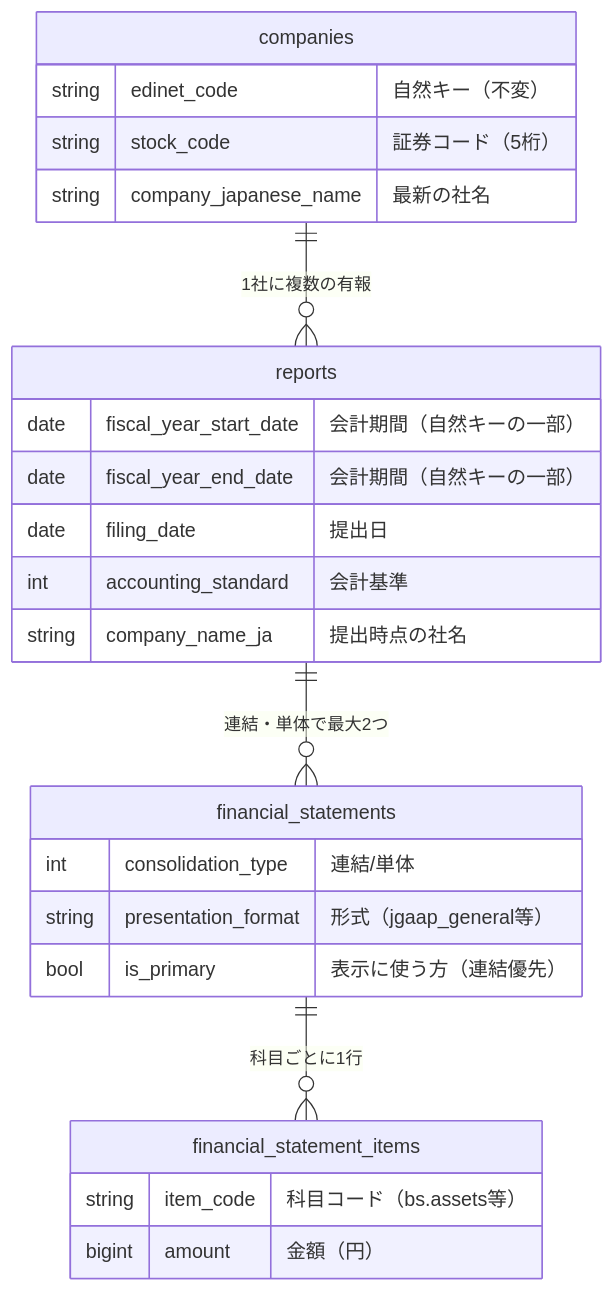
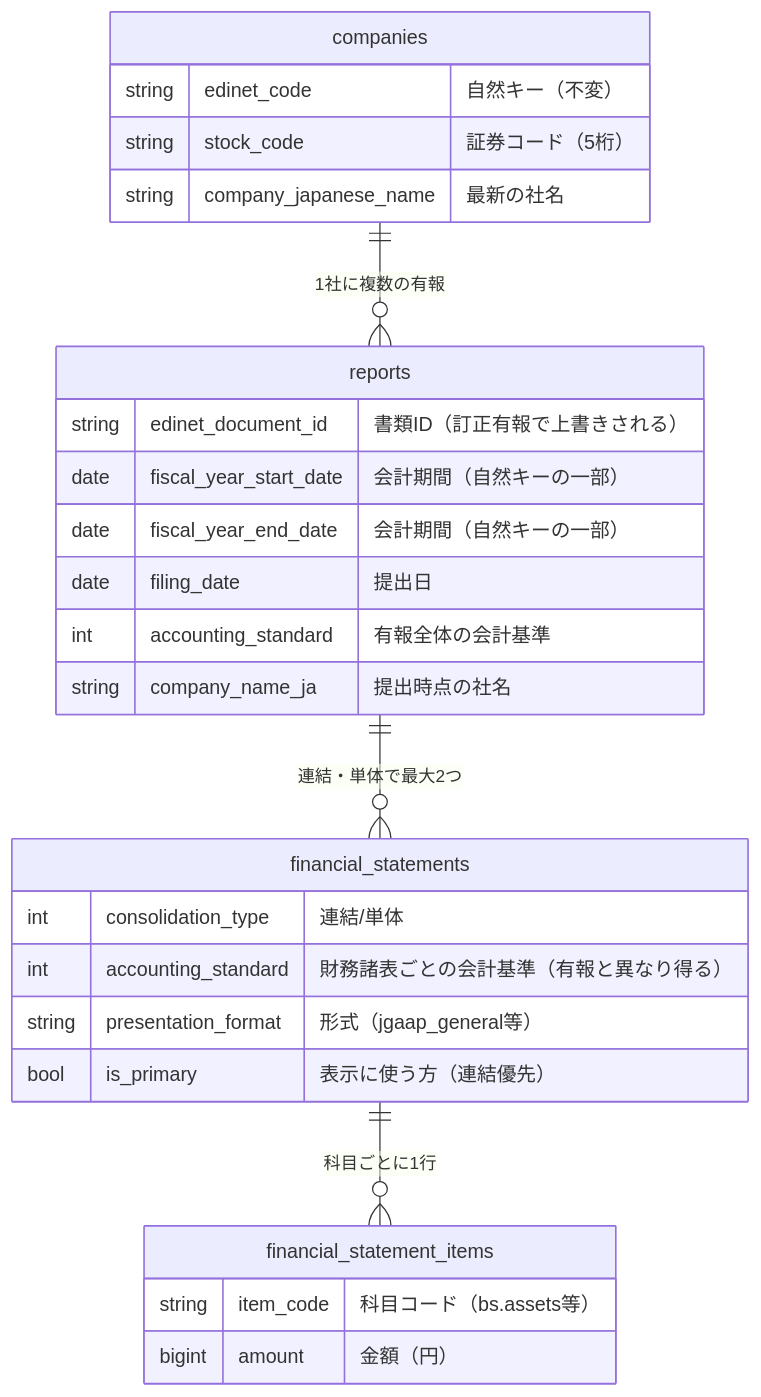
Before and after one commit to shin4488/financial-statement: the fifth of 7 diagrams in docs/guide/04_system_overview.md, drawn with Mermaid. The commit also changed other lines of this file and 16 other files, not shown here.

First line of the commit message:
change: docs/architectureをdocs/guideへ統合し3部構成に一本化

````diff
--- a/docs/guide/04_system_overview.md
+++ b/docs/guide/04_system_overview.md
@@ -123,28 +123,30 @@
 ```mermaid
 erDiagram
     companies ||--o{ reports : "1社に複数の有報"
     reports ||--o{ financial_statements : "連結・単体で最大2つ"
     financial_statements ||--o{ financial_statement_items : "科目ごとに1行"
 
     companies {
         string edinet_code "自然キー（不変）"
         string stock_code "証券コード（5桁）"
         string company_japanese_name "最新の社名"
     }
     reports {
+        string edinet_document_id "書類ID（訂正有報で上書きされる）"
         date fiscal_year_start_date "会計期間（自然キーの一部）"
         date fiscal_year_end_date "会計期間（自然キーの一部）"
         date filing_date "提出日"
-        int accounting_standard "会計基準"
+        int accounting_standard "有報全体の会計基準"
         string company_name_ja "提出時点の社名"
     }
     financial_statements {
         int consolidation_type "連結/単体"
+        int accounting_standard "財務諸表ごとの会計基準（有報と異なり得る）"
         string presentation_format "形式（jgaap_general等）"
         bool is_primary "表示に使う方（連結優先）"
     }
     financial_statement_items {
         string item_code "科目コード（bs.assets等）"
         bigint amount "金額（円）"
     }
 ```
````
